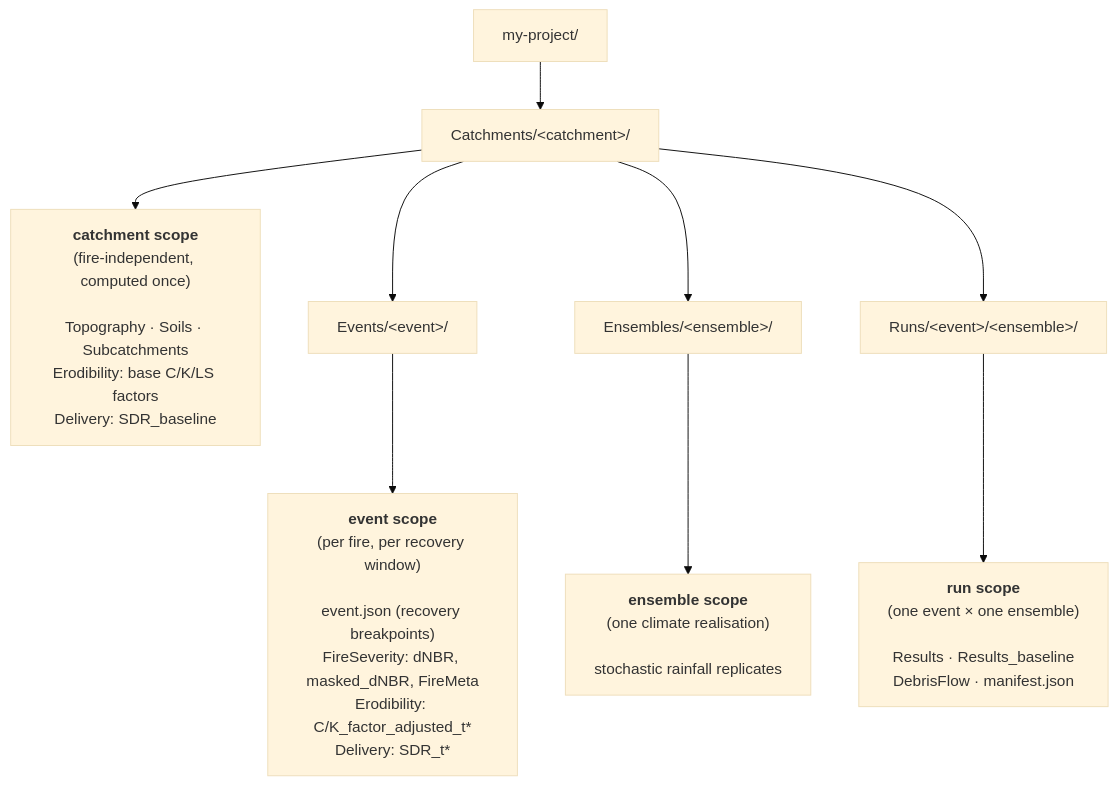
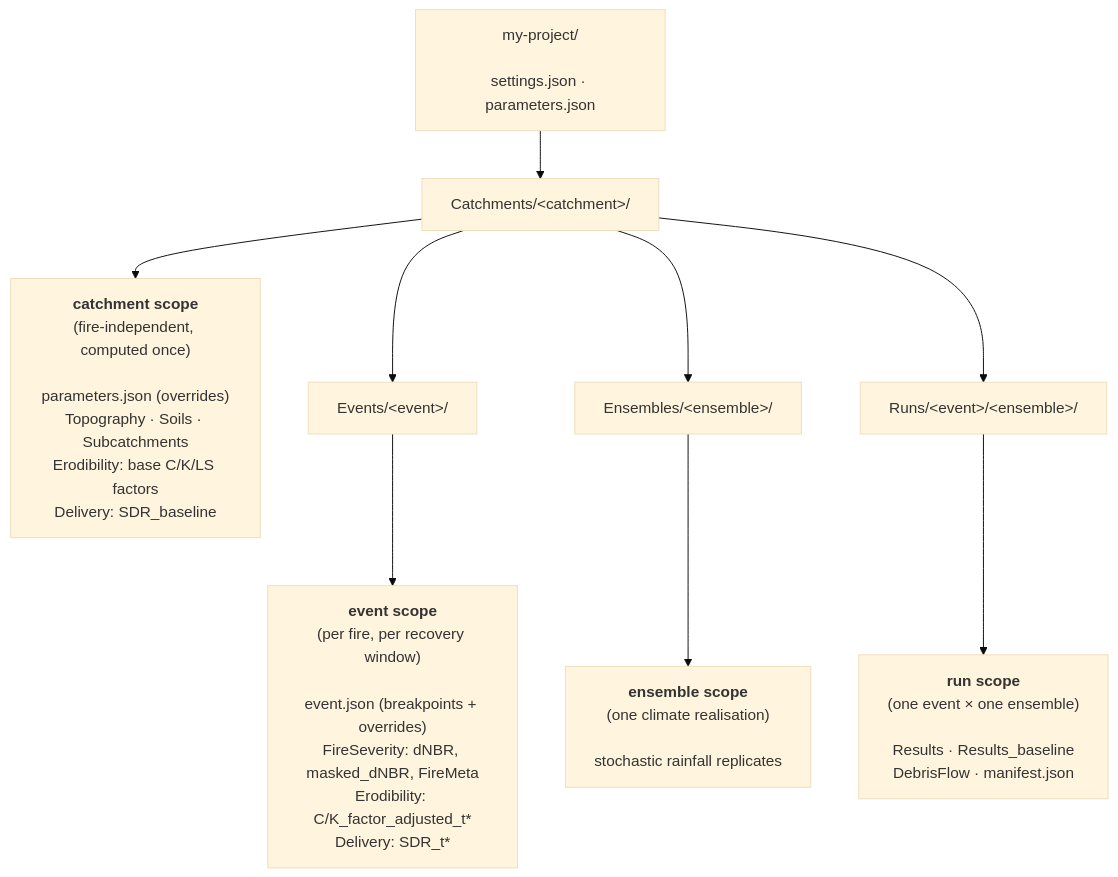
Before and after one commit to mosaic-insights/WaterRA_Bushfire_Modeling: the first of 2 diagrams in README.md, drawn with Mermaid (base theme). The commit also changed other lines of this file and 3 other files, not shown here.

````diff
--- a/README.md
+++ b/README.md
@@ -92,13 +92,13 @@
 ```mermaid
 flowchart TD
-    P["my-project/"] --> C["Catchments/&lt;catchment&gt;/"]
+    P["my-project/<br/><br/>settings.json · parameters.json"] --> C["Catchments/&lt;catchment&gt;/"]
 
-    C --> CAT["<b>catchment scope</b><br/>(fire-independent, computed once)<br/><br/>Topography · Soils · Subcatchments<br/>Erodibility: base C/K/LS factors<br/>Delivery: SDR_baseline"]
+    C --> CAT["<b>catchment scope</b><br/>(fire-independent, computed once)<br/><br/>parameters.json (overrides)<br/>Topography · Soils · Subcatchments<br/>Erodibility: base C/K/LS factors<br/>Delivery: SDR_baseline"]
     C --> EV["Events/&lt;event&gt;/"]
     C --> EN["Ensembles/&lt;ensemble&gt;/"]
     C --> RU["Runs/&lt;event&gt;/&lt;ensemble&gt;/"]
 
-    EV --> EVS["<b>event scope</b><br/>(per fire, per recovery window)<br/><br/>event.json (recovery breakpoints)<br/>FireSeverity: dNBR, masked_dNBR, FireMeta<br/>Erodibility: C/K_factor_adjusted_t*<br/>Delivery: SDR_t*"]
+    EV --> EVS["<b>event scope</b><br/>(per fire, per recovery window)<br/><br/>event.json (breakpoints + overrides)<br/>FireSeverity: dNBR, masked_dNBR, FireMeta<br/>Erodibility: C/K_factor_adjusted_t*<br/>Delivery: SDR_t*"]
     EN --> ENS["<b>ensemble scope</b><br/>(one climate realisation)<br/><br/>stochastic rainfall replicates"]
     RU --> RUS["<b>run scope</b><br/>(one event × one ensemble)<br/><br/>Results · Results_baseline<br/>DebrisFlow · manifest.json"]
 ```
````
